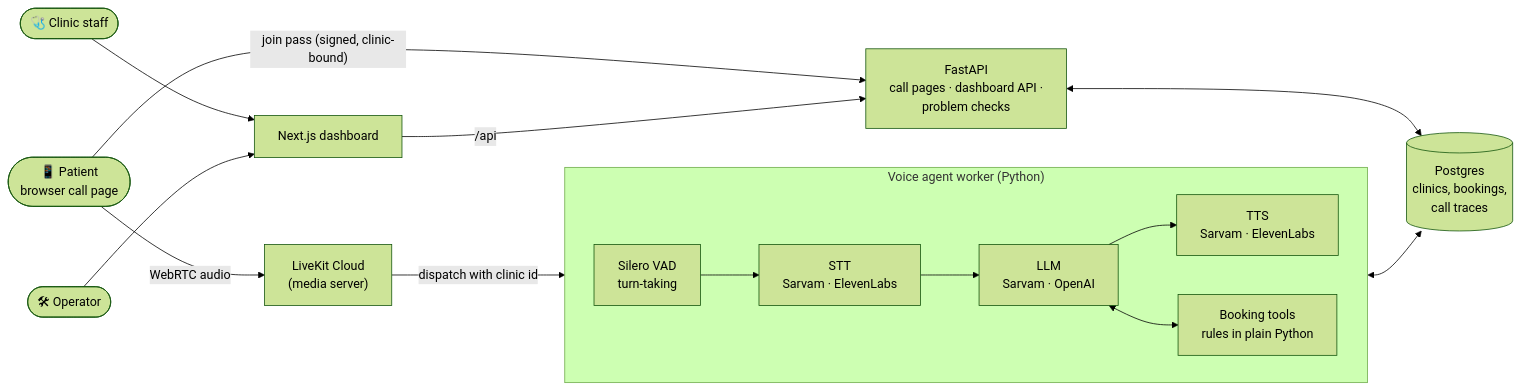
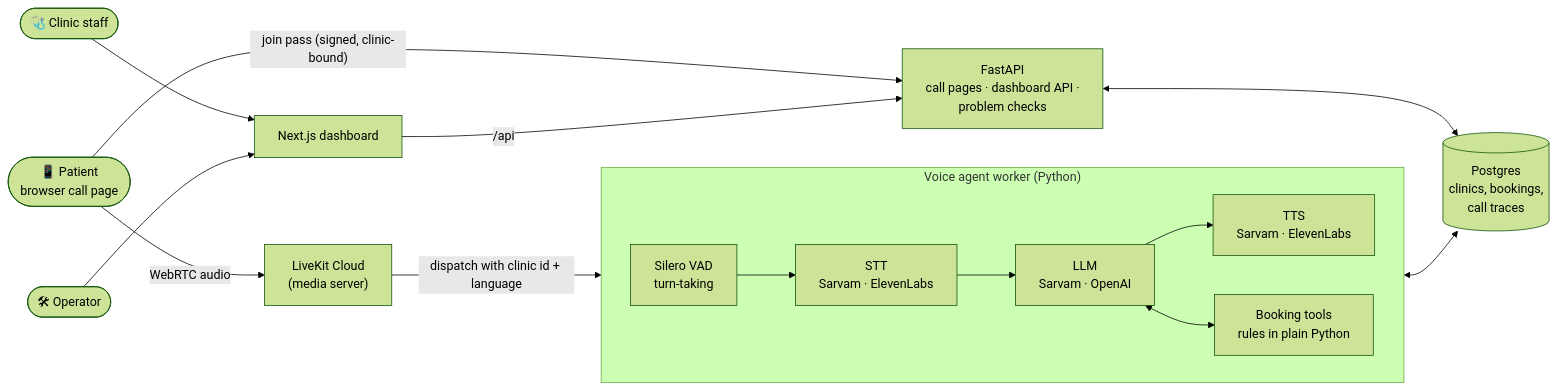
One commit to Harsh251005/clinic-voice-agent changed the diagram in README.md. Above: the diagram before and after it, drawn with Mermaid (forest theme). The commit also changed other lines of this file and 10 other files, not shown here.

First line of the commit message:
feat(dispatch): every call names its language (en | hi) as well as its clinic

````diff
--- a/README.md
+++ b/README.md
@@ -42,17 +42,17 @@
 ```mermaid
 flowchart LR
     caller(["📱 Patient<br/>browser call page"]) -- WebRTC audio --> lk["LiveKit Cloud<br/>(media server)"]
-    lk -- dispatch with clinic id --> worker
+    lk -- dispatch with clinic id + language --> worker
 
     subgraph worker["Voice agent worker (Python)"]
         direction LR
         vad["Silero VAD<br/>turn-taking"] --> stt["STT<br/>Sarvam · ElevenLabs"] --> llm["LLM<br/>Sarvam · OpenAI"] --> tts["TTS<br/>Sarvam · ElevenLabs"]
         llm <--> tools["Booking tools<br/>rules in plain Python"]
     end
 
     tools <--> db[("Postgres<br/>clinics, bookings,<br/>call traces")]
     api["FastAPI<br/>call pages · dashboard API ·<br/>problem checks"] <--> db
     caller -- "join pass (signed, clinic-bound)" --> api
     staff(["🩺 Clinic staff"]) --> web["Next.js dashboard"] -- /api --> api
     ops(["🛠 Operator"]) --> web
 ```
````
